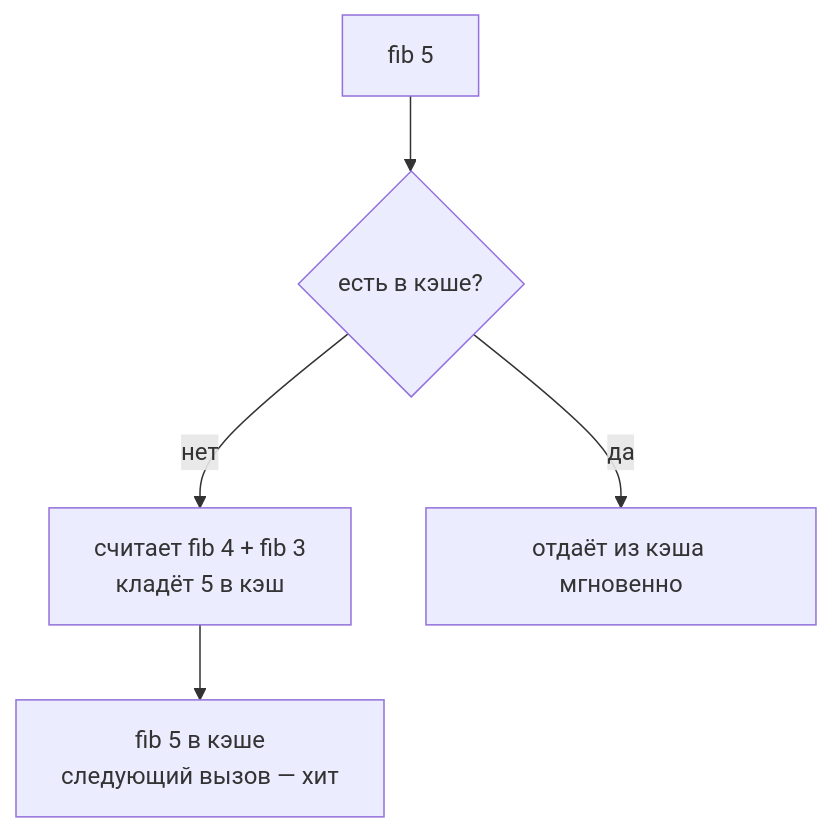
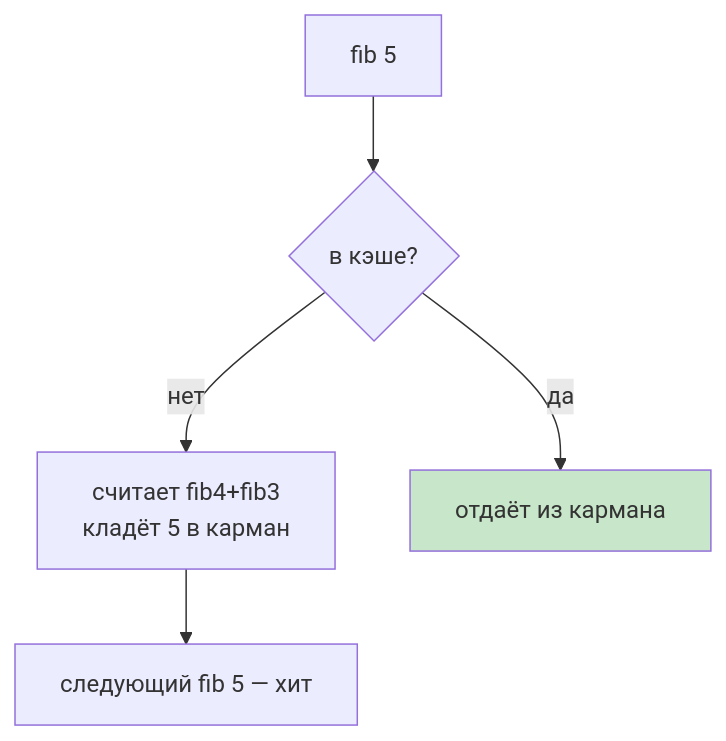
One commit to JayStorm228/College changed the sixth of 6 diagrams in 02_Курсы/01. Инженерные практики Python/01_Лекции/07. Декораторы.md. Above: the diagram before and after it, drawn with Mermaid. The commit also changed other lines of this file and 4 other files, not shown here.

````diff
--- a/02_Курсы/01. Инженерные практики Python/01_Лекции/07. Декораторы.md
+++ b/02_Курсы/01. Инженерные практики Python/01_Лекции/07. Декораторы.md
@@ -292,7 +348,8 @@
 ```mermaid
 flowchart TD
-  Call1[fib 5] --> Check{есть в кэше?}
-  Check -- нет --> Calc[считает fib 4 + fib 3<br>кладёт 5 в кэш]
-  Check -- да --> Hit[отдаёт из кэша мгновенно]
-  Calc --> Hit2[fib 5 в кэше<br>следующий вызов — хит]
+  C1[fib 5] --> Q{в кэше?}
+  Q -- нет --> Calc[считает fib4+fib3<br>кладёт 5 в карман]
+  Q -- да --> Hit[отдаёт из кармана]
+  Calc --> Hit2[следующий fib 5 — хит]
+  style Hit fill:#c8e6c9
 ```
````
